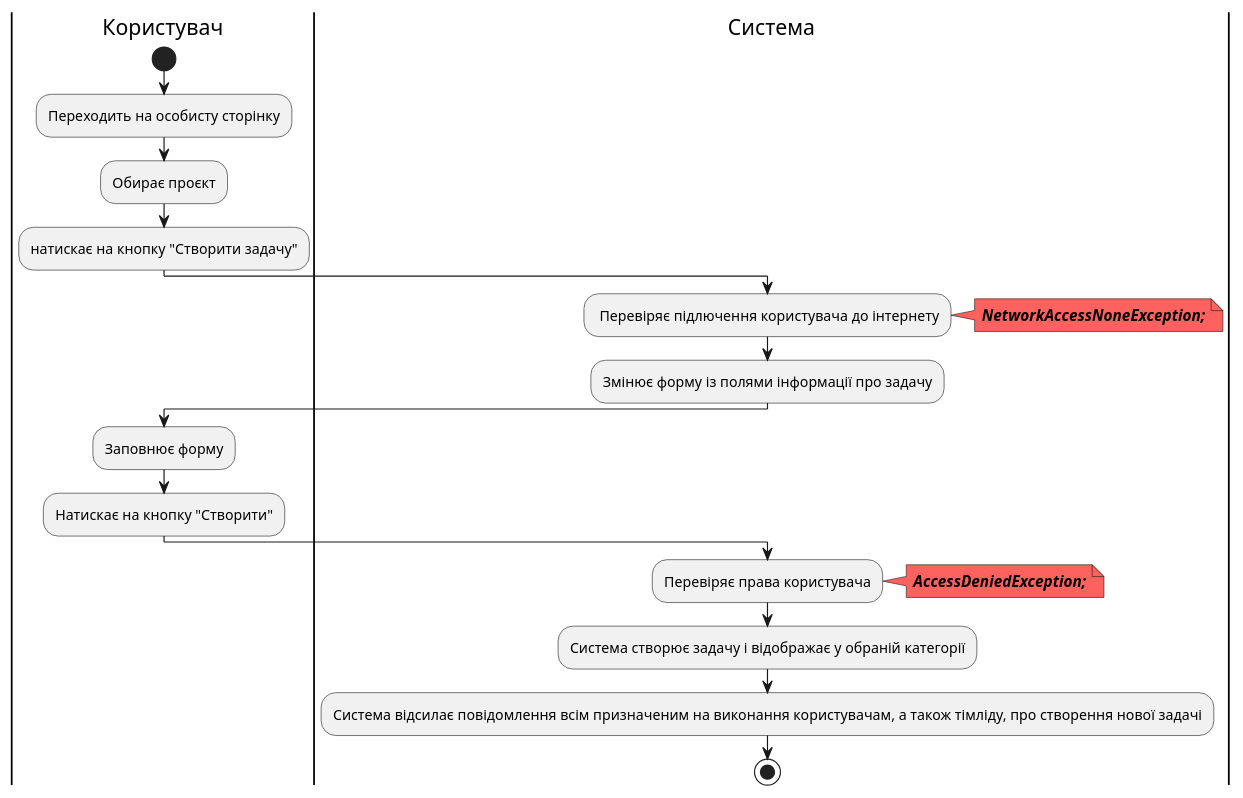
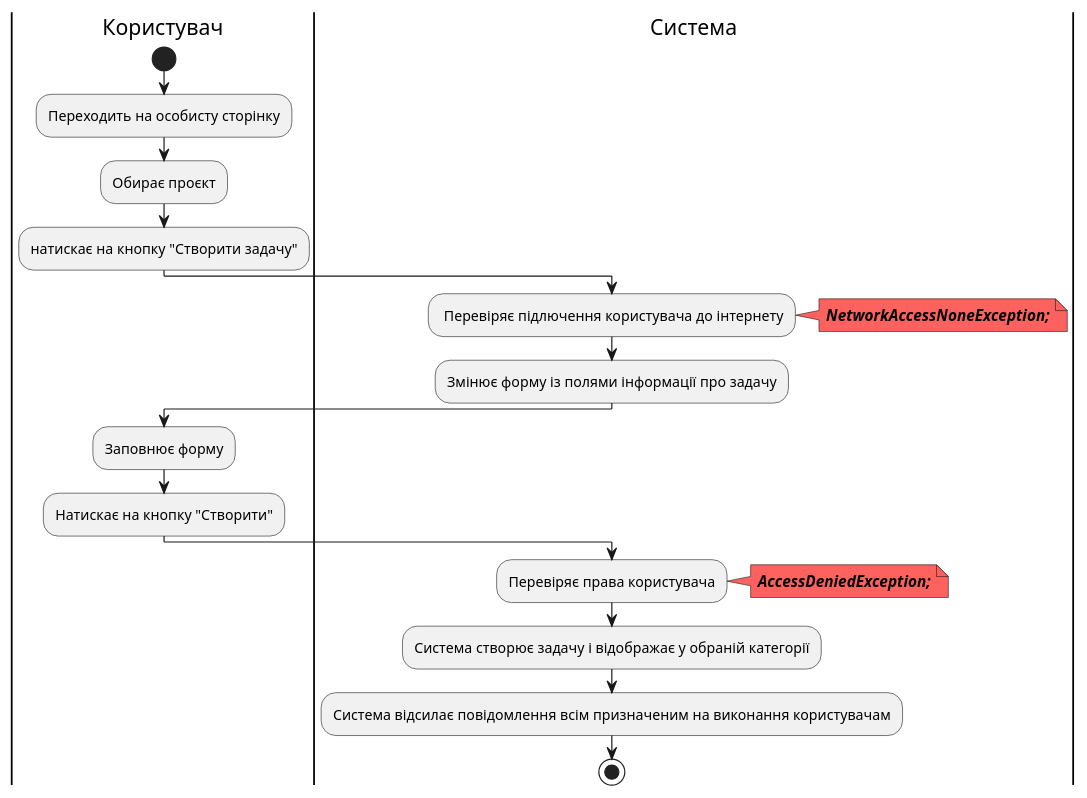
Before and after one commit to stbestichhh/db_project-manager: the eighth of 19 diagrams in docs/use cases/README.md, drawn with PlantUML. The commit also changed other lines of this file, not shown here.

Commit message:
Fixed diagrams

```diff
--- a/docs/use cases/README.md
+++ b/docs/use cases/README.md
@@ -290,28 +290,28 @@
 @startuml
 |Користувач|
 start;
 :Переходить на особисту сторінку;
 :Обирає проєкт;
 :натискає на кнопку "Створити задачу";
 
 |Система|
 : Перевіряє підлючення користувача до інтернету;
 note right #fd625e
 <b><i>NetworkAccessNoneException;
 end note
 :Змінює форму із полями інформації про задачу;
 
 |Користувач|
 :Заповнює форму;
 :Натискає на кнопку "Створити";
 
 |Система|
 :Перевіряє права користувача;
 note right #fd625e
 <b><i>AccessDeniedException;
 end note
 :Система створює задачу і відображає у обраній категорії;
-:Система відсилає повідомлення всім призначеним на виконання користувачам, а також тімліду, про створення нової задачі;
+:Система відсилає повідомлення всім призначеним на виконання користувачам;
 stop;
 
 @enduml
```
